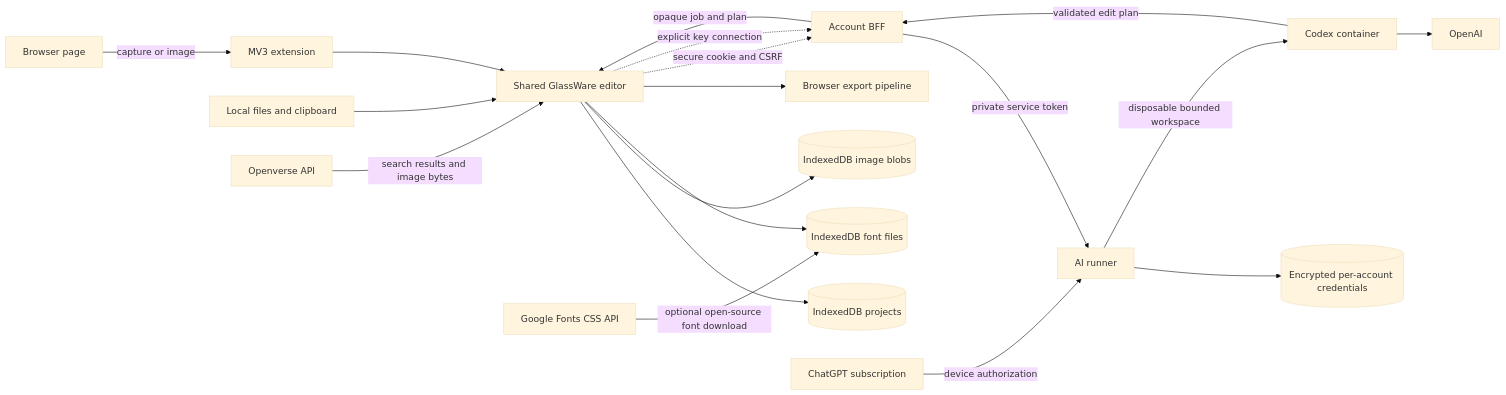
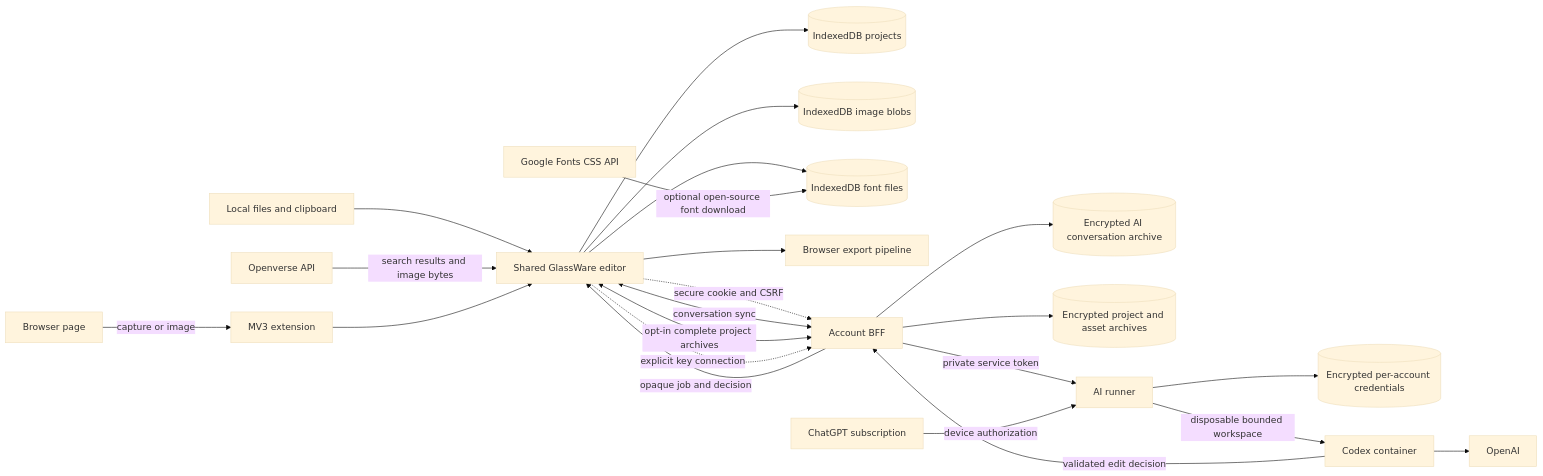
One commit to Wiplash-ai/image-stitch changed the first of 2 diagrams in docs/ARCHITECTURE.md. Above: the diagram before and after it, drawn with Mermaid (base theme). The commit also changed other lines of this file and 89 other files, not shown here.

````diff
--- a/docs/ARCHITECTURE.md
+++ b/docs/ARCHITECTURE.md
@@ -16,21 +16,25 @@
 ```mermaid
 flowchart LR
   Browser[Browser page] -->|capture or image| Extension[MV3 extension]
   Upload[Local files and clipboard] --> Editor
   Openverse[Openverse API] -->|search results and image bytes| Editor
   Extension --> Editor[Shared GlassWare editor]
   Editor --> ProjectStore[(IndexedDB projects)]
   Editor --> AssetStore[(IndexedDB image blobs)]
   Editor --> FontStore[(IndexedDB font files)]
   GoogleFonts[Google Fonts CSS API] -->|optional open-source font download| FontStore
   Editor --> Exporter[Browser export pipeline]
   Editor -. secure cookie and CSRF .-> Identity[Account BFF]
+  Editor <-->|conversation sync| Identity
+  Editor <-->|opt-in complete project archives| Identity
+  Identity --> ConversationArchive[(Encrypted AI conversation archive)]
+  Identity --> ProjectArchive[(Encrypted project and asset archives)]
   Identity -->|private service token| Runner[AI runner]
   ChatGPT[ChatGPT subscription] -->|device authorization| Runner
   Editor -. explicit key connection .-> Identity
   Runner --> Vault[(Encrypted per-account credentials)]
   Runner -->|disposable bounded workspace| Sandbox[Codex container]
   Sandbox --> OpenAI[OpenAI]
-  Sandbox -->|validated edit plan| Identity
-  Identity -->|opaque job and plan| Editor
+  Sandbox -->|validated edit decision| Identity
+  Identity -->|opaque job and decision| Editor
 ```
````
